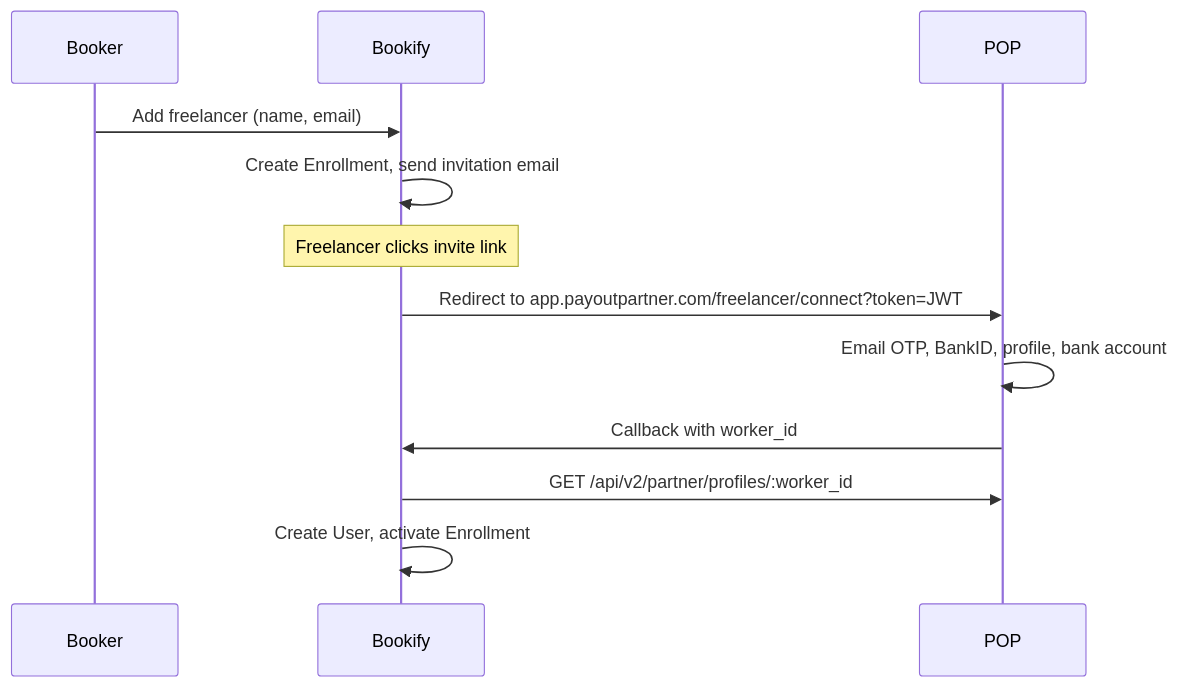
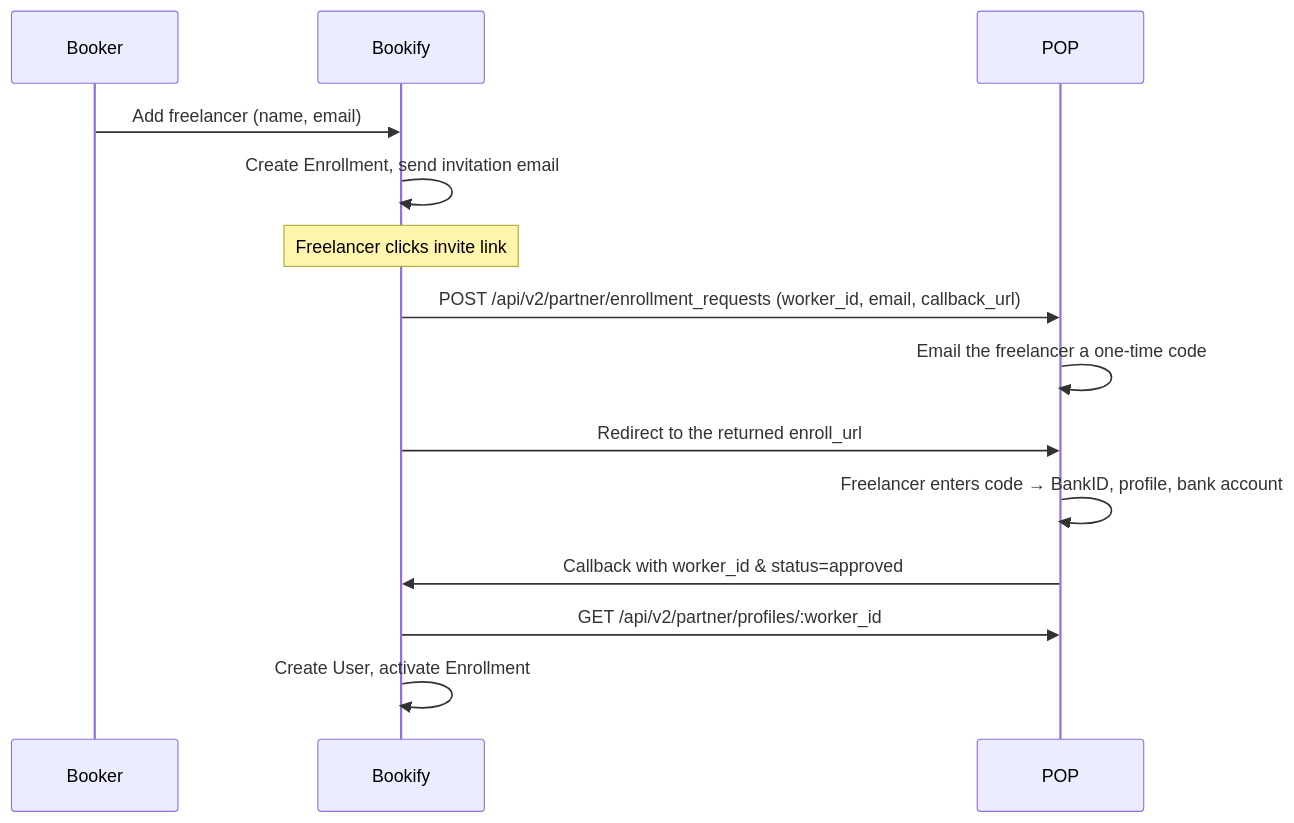
Before and after one commit to Skiwo/bookify-app: the first of 4 diagrams in README.md, drawn with Mermaid. The commit also changed other lines of this file and 8 other files, not shown here.

First line of the commit message:
Migrate to POP enrollment_requests (drop bearer-JWT connect flow)

````diff
--- a/README.md
+++ b/README.md
@@ -43,15 +43,17 @@
 ```mermaid
 sequenceDiagram
     participant Booker
     participant Bookify
     participant POP
 
     Booker->>Bookify: Add freelancer (name, email)
     Bookify->>Bookify: Create Enrollment, send invitation email
     Note over Bookify: Freelancer clicks invite link
-    Bookify->>POP: Redirect to app.payoutpartner.com/freelancer/connect?token=JWT
-    POP->>POP: Email OTP, BankID, profile, bank account
-    POP->>Bookify: Callback with worker_id
+    Bookify->>POP: POST /api/v2/partner/enrollment_requests (worker_id, email, callback_url)
+    POP->>POP: Email the freelancer a one-time code
+    Bookify->>POP: Redirect to the returned enroll_url
+    POP->>POP: Freelancer enters code → BankID, profile, bank account
+    POP->>Bookify: Callback with worker_id & status=approved
     Bookify->>POP: GET /api/v2/partner/profiles/:worker_id
     Bookify->>Bookify: Create User, activate Enrollment
 ```
````
